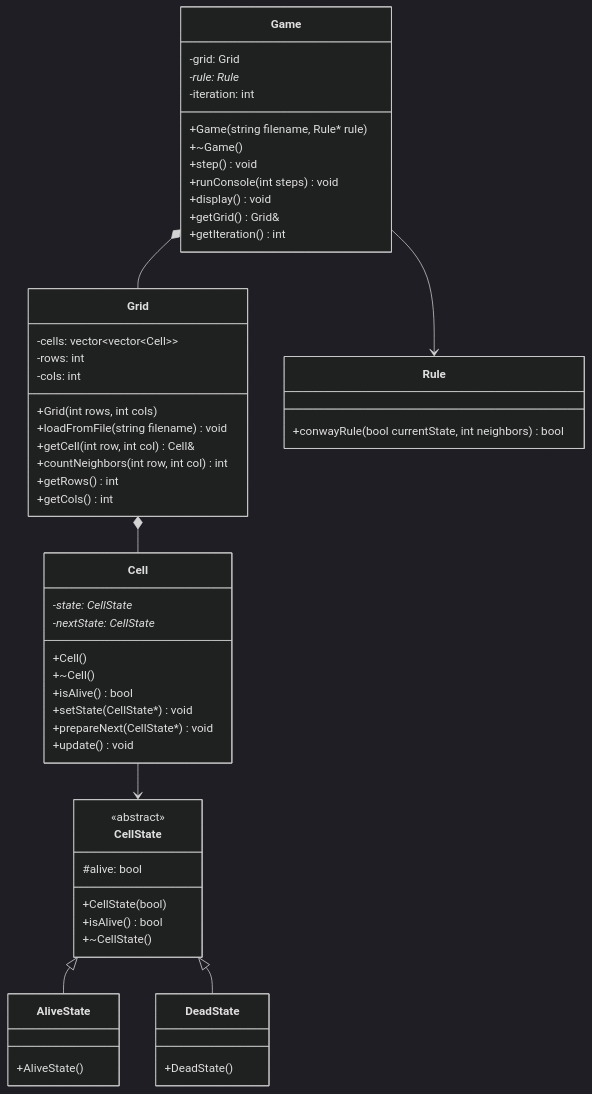
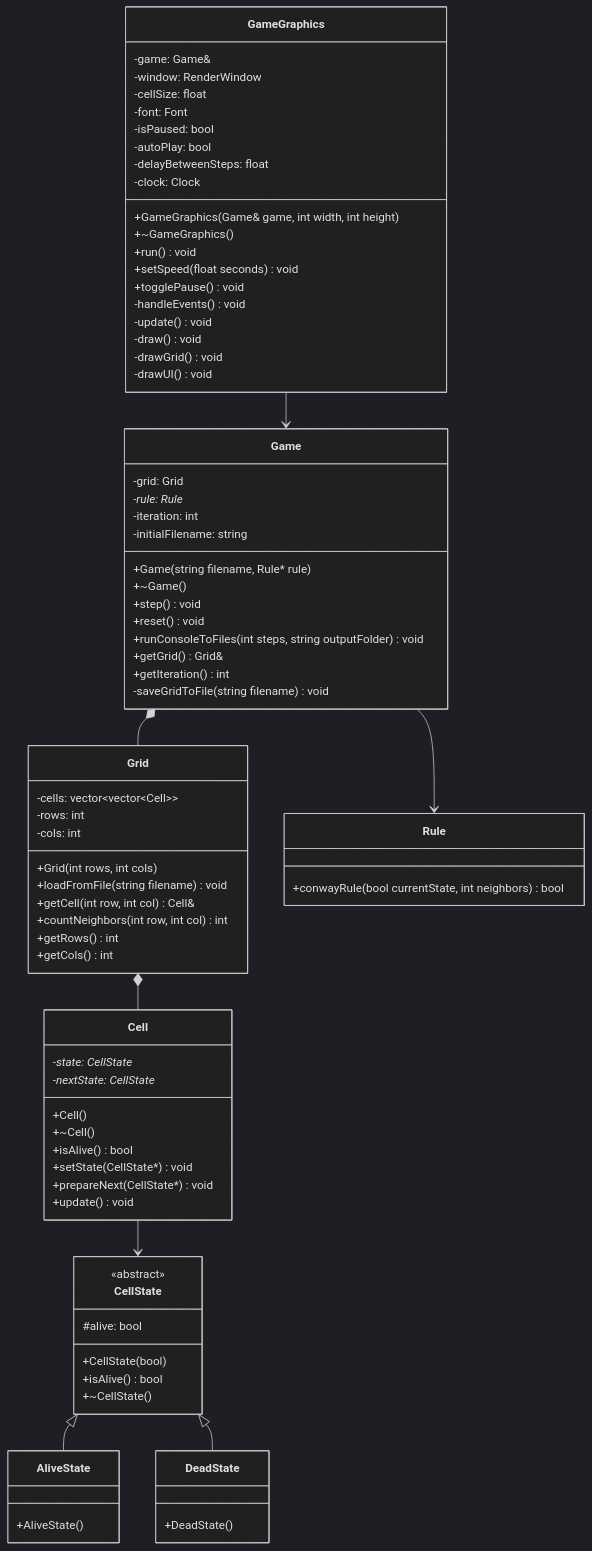
One commit to pablovgs/project-game-of-life changed the diagram in Class.mmd. Above: the diagram before and after it, drawn with Mermaid (dark theme).

Commit message:
Upgade, new class GameGraphics because we didn't have one !

```diff
--- a/Class.mmd
+++ b/Class.mmd
@@ -1,72 +1,91 @@
 classDiagram
-    
+   
     %% Ajouter l'extension Mermaid Chart 
     %% Crtl+Shift+P -> "Mermaid Chart Preview Diagram"
-
+    
     class CellState {
         <<abstract>>
         #alive: bool
         +CellState(bool)
         +isAlive() bool
         +~CellState()
     }
     
     class AliveState {
         +AliveState()
     }
     
     class DeadState {
         +DeadState()
     }
 
-
     class Cell {
         -state: CellState*
         -nextState: CellState*
         +Cell()
         +~Cell()
         +isAlive() bool
         +setState(CellState*) void
         +prepareNext(CellState*) void
         +update() void
     }
     
-
     class Grid {
         -cells: vector~vector~Cell~~
         -rows: int
         -cols: int
         +Grid(int rows, int cols)
         +loadFromFile(string filename) void
         +getCell(int row, int col) Cell&
         +countNeighbors(int row, int col) int
         +getRows() int
         +getCols() int
     }
     
-
     class Rule {
         +conwayRule(bool currentState, int neighbors) bool
     }
     
-
     class Game {
         -grid: Grid
         -rule: Rule*
         -iteration: int
+        -initialFilename: string
         +Game(string filename, Rule* rule)
         +~Game()
         +step() void
-        +runConsole(int steps) void
-        +display() void
+        +reset() void
+        +runConsoleToFiles(int steps, string outputFolder) void
         +getGrid() Grid&
         +getIteration() int
+        -saveGridToFile(string filename) void
     }
     
+    class GameGraphics {
+        -game: Game&
+        -window: RenderWindow
+        -cellSize: float
+        -font: Font
+        -isPaused: bool
+        -autoPlay: bool
+        -delayBetweenSteps: float
+        -clock: Clock
+        +GameGraphics(Game& game, int width, int height)
+        +~GameGraphics()
+        +run() void
+        +setSpeed(float seconds) void
+        +togglePause() void
+        -handleEvents() void
+        -update() void
+        -draw() void
+        -drawGrid() void
+        -drawUI() void
+    }
     
     CellState <|-- AliveState
     CellState <|-- DeadState
     Cell --> CellState
     Grid *-- Cell
     Game *-- Grid 
     Game --> Rule
+    GameGraphics --> Game
```
